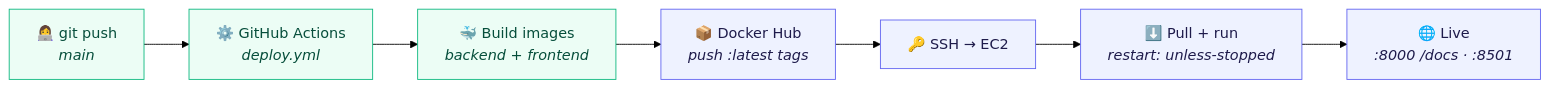
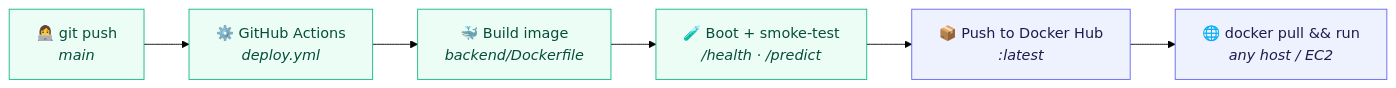
One commit to Amith-Ganta/FastAPI-ML-Docker-AWS changed the third of 3 diagrams in README.md. Above: the diagram before and after it, drawn with Mermaid (forest theme). The commit also changed other lines of this file and 8 other files, not shown here.

First line of the commit message:
Migrate to image-first CI/CD and replicate published Docker image

````diff
--- a/README.md
+++ b/README.md
@@ -217,14 +123,13 @@
 ```mermaid
 flowchart LR
     DEV["👩‍💻 git push<br/><i>main</i>"] --> GHA["⚙️ GitHub Actions<br/><i>deploy.yml</i>"]
-    GHA --> BUILD["🐳 Build images<br/><i>backend + frontend</i>"]
-    BUILD --> HUB["📦 Docker Hub<br/><i>push :latest tags</i>"]
-    HUB --> SSH["🔑 SSH → EC2"]
-    SSH --> PULL["⬇️ Pull + run<br/><i>restart: unless-stopped</i>"]
-    PULL --> LIVE["🌐 Live<br/><i>:8000 /docs · :8501</i>"]
+    GHA --> BUILD["🐳 Build image<br/><i>backend/Dockerfile</i>"]
+    BUILD --> TEST["🧪 Boot + smoke-test<br/><i>/health · /predict</i>"]
+    TEST --> HUB["📦 Push to Docker Hub<br/><i>:latest</i>"]
+    HUB --> DEPLOY["🌐 docker pull && run<br/><i>any host / EC2</i>"]
 
     classDef step fill:#ECFDF5,stroke:#10B981,stroke-width:1px,color:#064E3B;
     classDef ship fill:#EEF2FF,stroke:#6366F1,stroke-width:1px,color:#1E1B4B;
-    class DEV,GHA,BUILD step;
-    class HUB,SSH,PULL,LIVE ship;
+    class DEV,GHA,BUILD,TEST step;
+    class HUB,DEPLOY ship;
 ```
````
